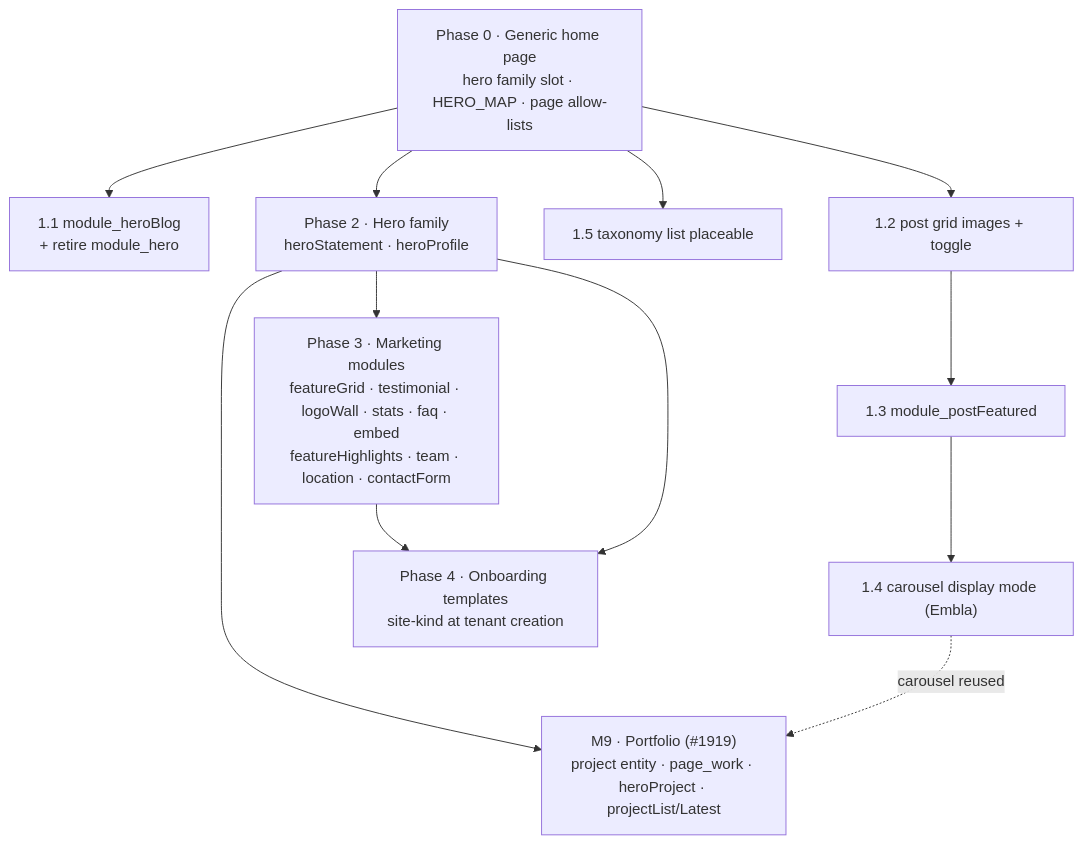
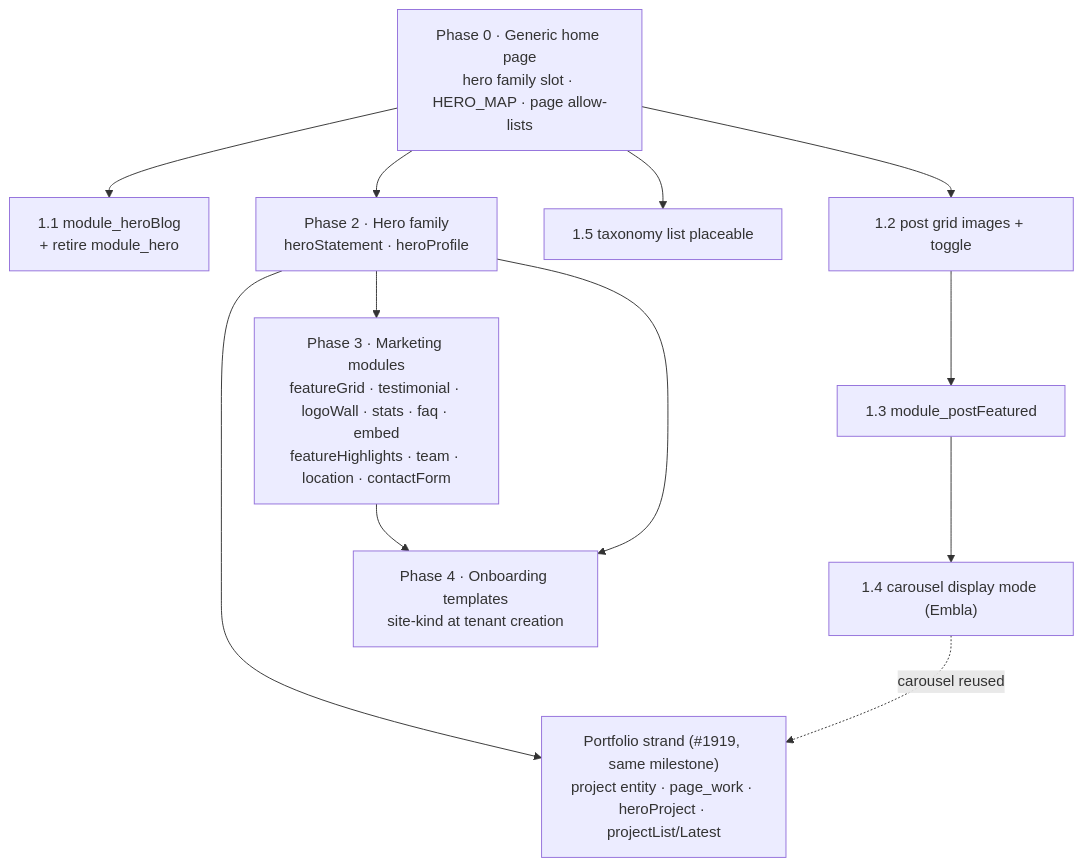
One commit to ValOvinnikov/blog changed the third of 3 diagrams in docs/BACKLOG.md. Above: the diagram before and after it, drawn with Mermaid. The commit also changed other lines of this file, not shown here.

Commit message:
docs(backlog): file the generic home page roadmap under the existing M9 — Portfolio milestone

````diff
--- a/docs/BACKLOG.md
+++ b/docs/BACKLOG.md
@@ -782,20 +783,20 @@
 ```mermaid
 flowchart TD
   P0["Phase 0 · Generic home page<br/>hero family slot · HERO_MAP · page allow-lists"]
   P1a["1.1 module_heroBlog<br/>+ retire module_hero"]
   P1b["1.2 post grid images + toggle"]
   P1c["1.3 module_postFeatured"]
   P1d["1.4 carousel display mode (Embla)"]
   P1e["1.5 taxonomy list placeable"]
   P2["Phase 2 · Hero family<br/>heroStatement · heroProfile"]
   P3["Phase 3 · Marketing modules<br/>featureGrid · testimonial · logoWall · stats · faq · embed<br/>featureHighlights · team · location · contactForm"]
   P4["Phase 4 · Onboarding templates<br/>site-kind at tenant creation"]
-  M9["M9 · Portfolio (#1919)<br/>project entity · page_work · heroProject · projectList/Latest"]
+  M9["Portfolio strand (#1919, same milestone)<br/>project entity · page_work · heroProject · projectList/Latest"]
   P0 --> P1a & P1b & P1e
   P1b --> P1c --> P1d
   P0 --> P2 --> P3
   P2 --> M9
   P1d -.->|carousel reused| M9
   P3 --> P4
   P2 --> P4
 ```
````
